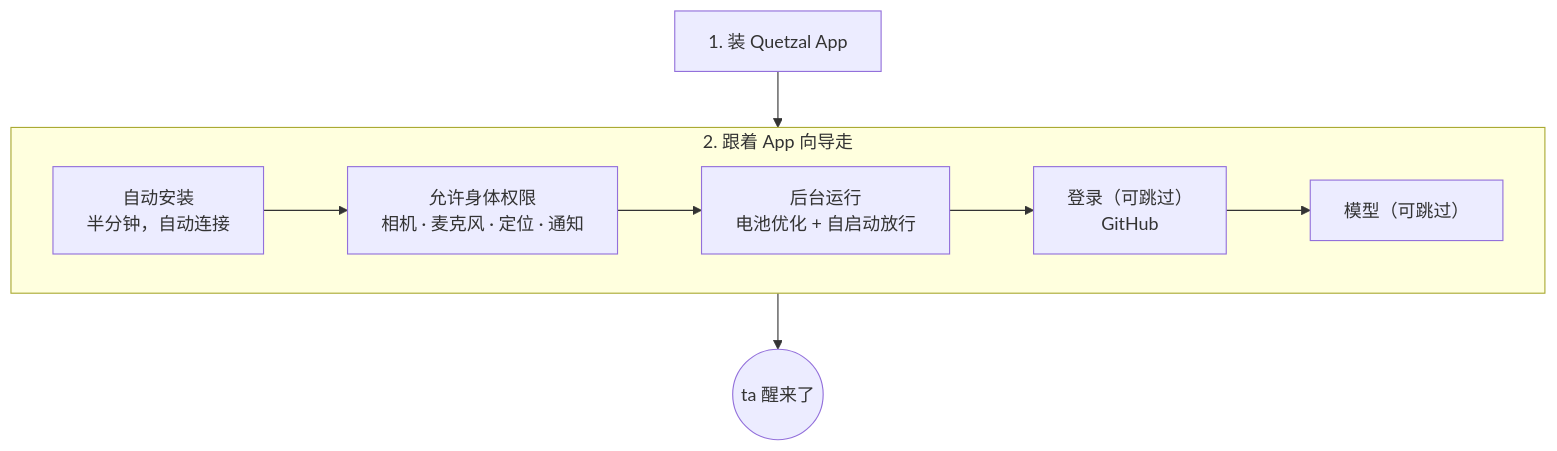
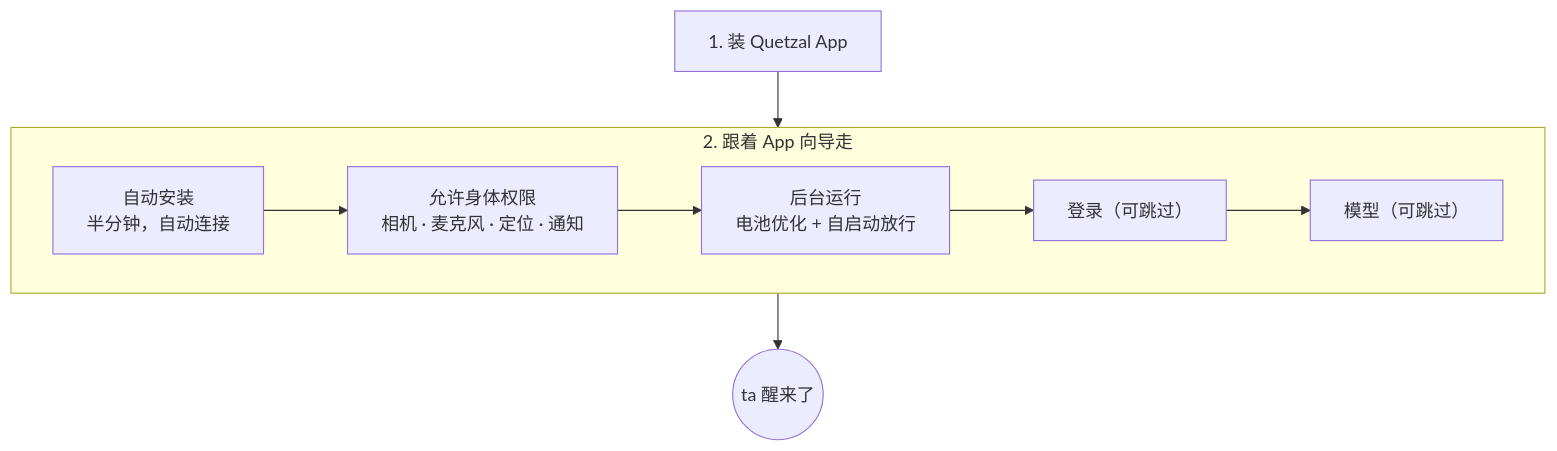
Before and after one commit to Causally-XYZ/Project.Quetzal: the diagram in website/content/docs/zh/start/install.md, drawn with Mermaid. The commit also changed other lines of this file and 24 other files, not shown here.

````diff
--- a/website/content/docs/zh/start/install.md
+++ b/website/content/docs/zh/start/install.md
@@ -10,9 +10,9 @@
 ```mermaid
 flowchart TB
   A["1. 装 Quetzal App"] --> C
   subgraph C["2. 跟着 App 向导走"]
     direction LR
-    C1["自动安装<br/>半分钟，自动连接"] --> C2["允许身体权限<br/>相机 · 麦克风 · 定位 · 通知"] --> C3["后台运行<br/>电池优化 + 自启动放行"] --> C4["登录（可跳过）<br/>GitHub"] --> C5["模型（可跳过）"]
+    C1["自动安装<br/>半分钟，自动连接"] --> C2["允许身体权限<br/>相机 · 麦克风 · 定位 · 通知"] --> C3["后台运行<br/>电池优化 + 自启动放行"] --> C4["登录（可跳过）"] --> C5["模型（可跳过）"]
   end
   C --> E(("ta 醒来了"))
 ```
````
